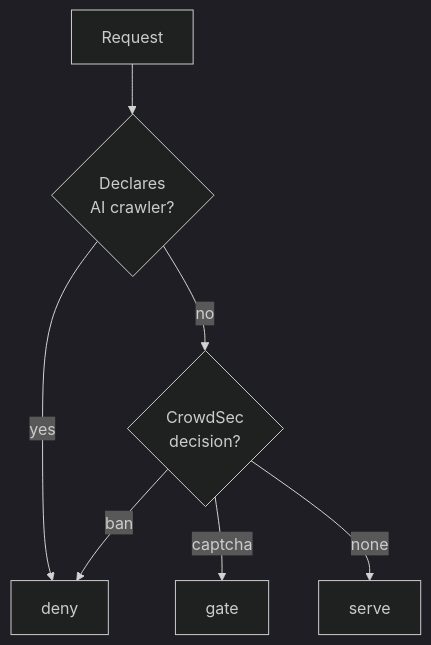
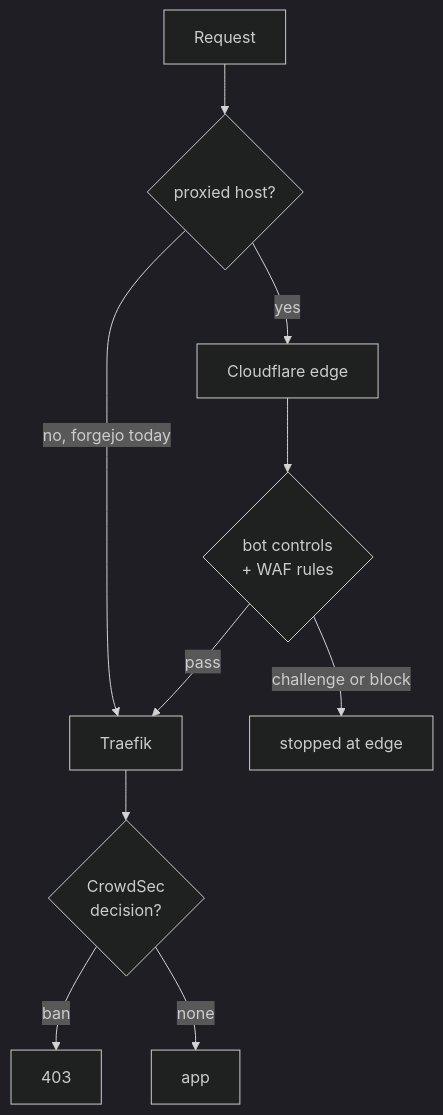
Before and after one commit to ViktorBarzin/infra: the diagram in docs/plans/2026-09-06-native-crawler-defence-design.md, drawn with Mermaid (dark theme). The commit also changed other lines of this file, not shown here.

First line of the commit message:
docs: rewrite the crawler defence around Cloudflare instead of our own code

````diff
--- a/docs/plans/2026-09-06-native-crawler-defence-design.md
+++ b/docs/plans/2026-09-06-native-crawler-defence-design.md
@@ -106,9 +64,12 @@
 ```mermaid
 flowchart TD
-    R[Request] --> UA{Declares<br/>AI crawler?}
-    UA -->|yes| D[deny]
-    UA -->|no| CS{CrowdSec<br/>decision?}
-    CS -->|ban| D
-    CS -->|captcha| G[gate]
-    CS -->|none| P[serve]
+    R[Request] --> P{proxied host?}
+    P -->|yes| CF[Cloudflare edge]
+    P -->|no, forgejo today| T[Traefik]
+    CF --> B{bot controls<br/>+ WAF rules}
+    B -->|challenge or block| X[stopped at edge]
+    B -->|pass| T
+    T --> C{CrowdSec<br/>decision?}
+    C -->|ban| D[403]
+    C -->|none| A[app]
 ```
````
